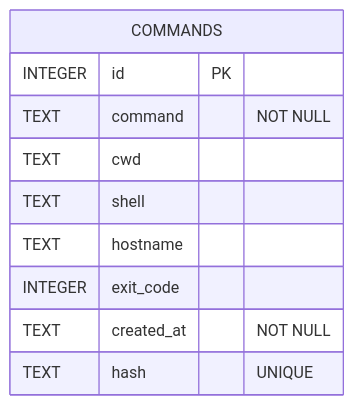
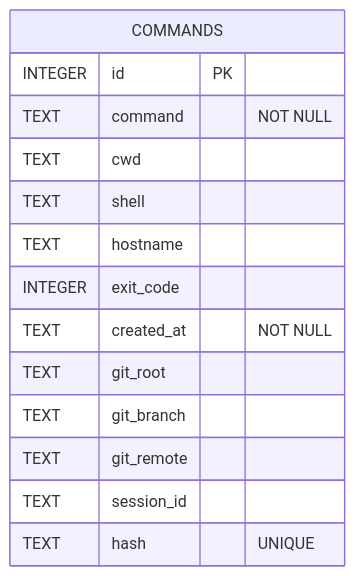
One commit to Vesperis-group/mnemo changed the fifth of 10 diagrams in README.md. Above: the diagram before and after it, drawn with Mermaid. The commit also changed other lines of this file and 3 other files, not shown here.

````diff
--- a/README.md
+++ b/README.md
@@ -1347,13 +1448,17 @@
 ```mermaid
 erDiagram
     COMMANDS {
         INTEGER id PK
         TEXT    command "NOT NULL"
         TEXT    cwd
         TEXT    shell
         TEXT    hostname
         INTEGER exit_code
         TEXT    created_at "NOT NULL"
+        TEXT    git_root
+        TEXT    git_branch
+        TEXT    git_remote
+        TEXT    session_id
         TEXT    hash "UNIQUE"
     }
 ```
````
